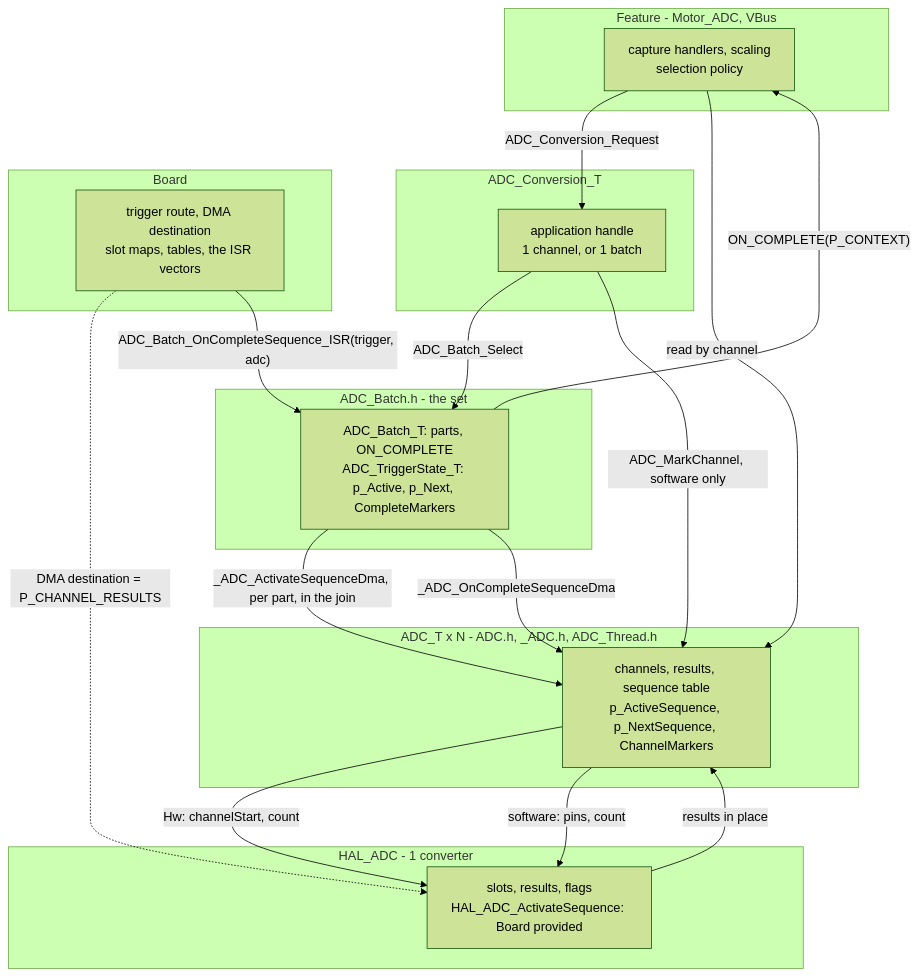
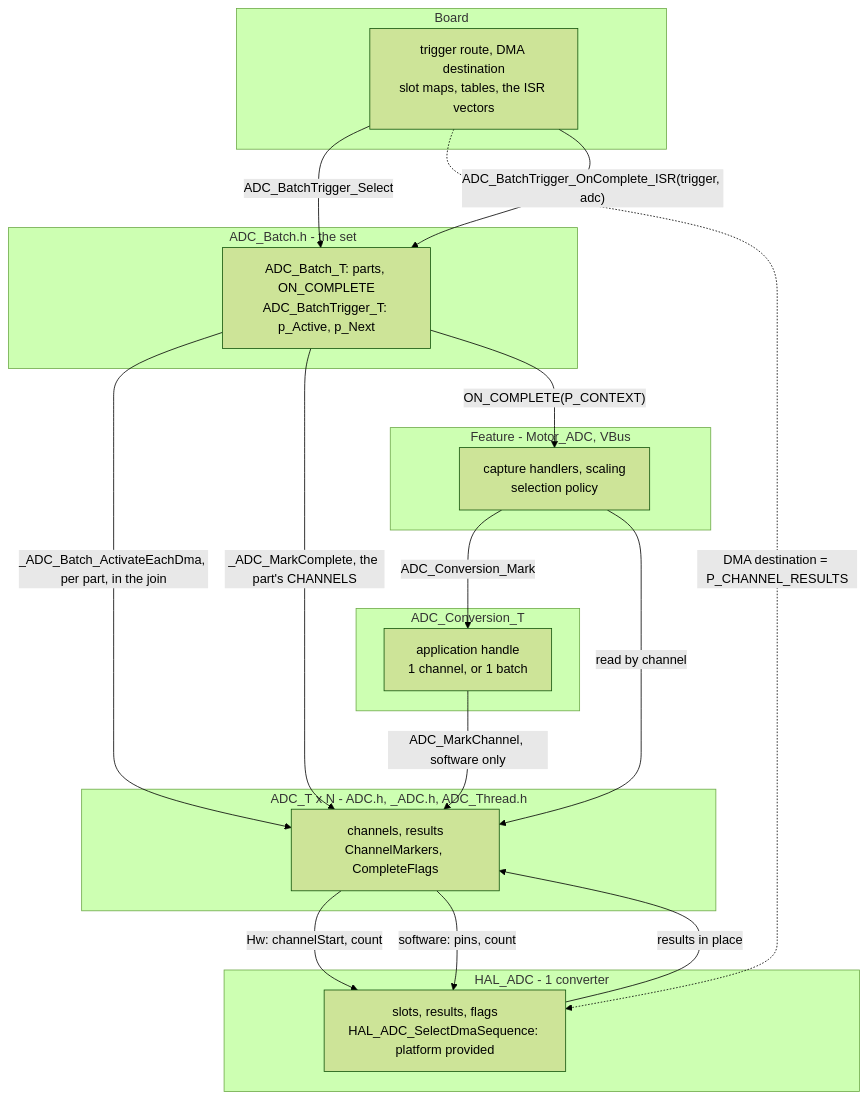
One commit to FireSourcery/FireSourcery_Library changed the fifth of 6 diagrams in Peripheral/ADC/Notes.md. Above: the diagram before and after it, drawn with Mermaid (forest theme). The commit also changed other lines of this file and 47 other files, not shown here.

````diff
--- a/Peripheral/ADC/Notes.md
+++ b/Peripheral/ADC/Notes.md
@@ -287,34 +298,34 @@
 ```mermaid
 flowchart TB
     subgraph FEAT["Feature - Motor_ADC, VBus"]
         MA["capture handlers, scaling<br/>selection policy"]
     end
     subgraph CONV["ADC_Conversion_T"]
         CV["application handle<br/>1 channel, or 1 batch"]
     end
     subgraph BATCH["ADC_Batch.h - the set"]
-        BT["ADC_Batch_T: parts, ON_COMPLETE<br/>ADC_TriggerState_T: p_Active, p_Next, CompleteMarkers"]
+        BT["ADC_Batch_T: parts, ON_COMPLETE<br/>ADC_BatchTrigger_T: p_Active, p_Next"]
     end
     subgraph ADCN["ADC_T x N - ADC.h, _ADC.h, ADC_Thread.h"]
-        AT["channels, results, sequence table<br/>p_ActiveSequence, p_NextSequence, ChannelMarkers"]
+        AT["channels, results<br/>ChannelMarkers, CompleteFlags"]
     end
     subgraph HALN["HAL_ADC - 1 converter"]
-        HA["slots, results, flags<br/>HAL_ADC_ActivateSequence: Board provided"]
+        HA["slots, results, flags<br/>HAL_ADC_SelectDmaSequence: platform provided"]
     end
     subgraph BRD["Board"]
         BD["trigger route, DMA destination<br/>slot maps, tables, the ISR vectors"]
     end
 
-    MA -- "ADC_Conversion_Request" --> CV
-    CV -- "ADC_Batch_Select" --> BT
+    MA -- "ADC_Conversion_Mark" --> CV
+    BD -- "ADC_BatchTrigger_Select" --> BT
     CV -- "ADC_MarkChannel, software only" --> AT
-    BT -- "_ADC_ActivateSequenceDma, per part, in the join" --> AT
+    BT -- "_ADC_Batch_ActivateEachDma, per part, in the join" --> AT
     AT -- "Hw: channelStart, count" --> HA
     AT -- "software: pins, count" --> HA
     BD -. "DMA destination = P_CHANNEL_RESULTS" .-> HA
     HA -- "results in place" --> AT
-    BD -- "ADC_Batch_OnCompleteSequence_ISR(trigger, adc)" --> BT
-    BT -- "_ADC_OnCompleteSequenceDma" --> AT
+    BD -- "ADC_BatchTrigger_OnComplete_ISR(trigger, adc)" --> BT
+    BT -- "_ADC_MarkComplete, the part's CHANNELS" --> AT
     BT -- "ON_COMPLETE(P_CONTEXT)" --> MA
     MA -- "read by channel" --> AT
 ```
````
